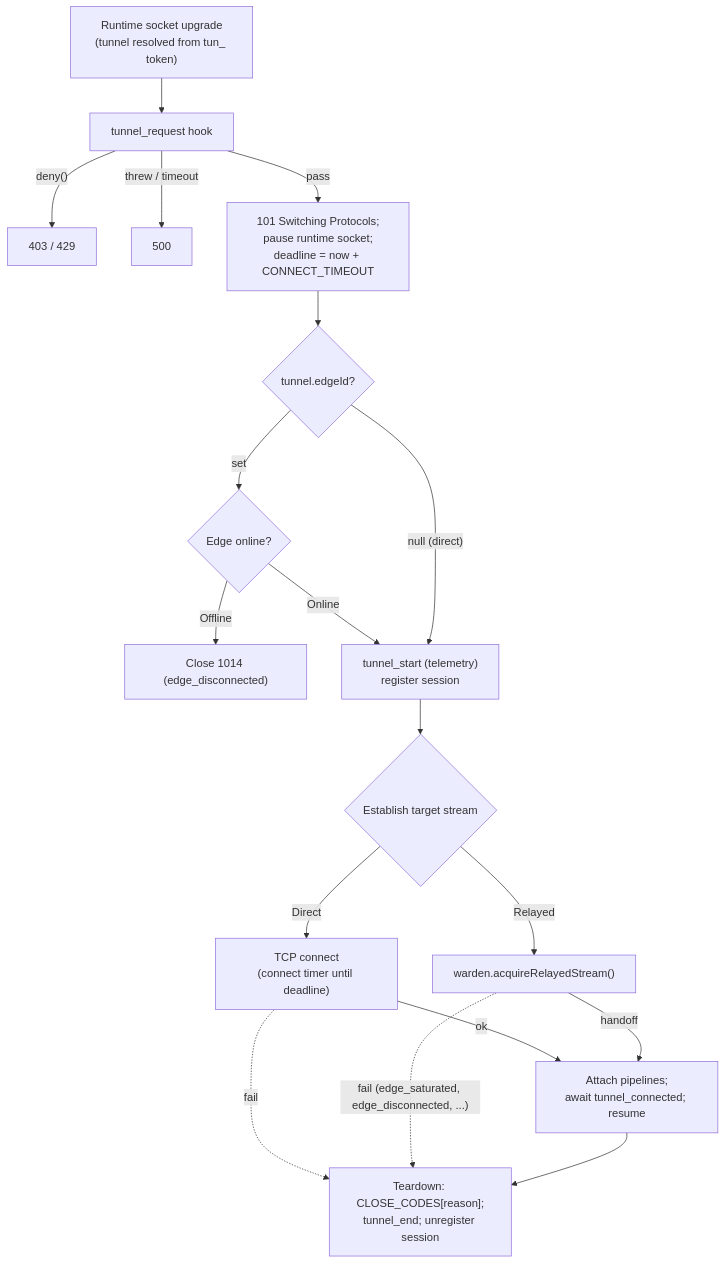
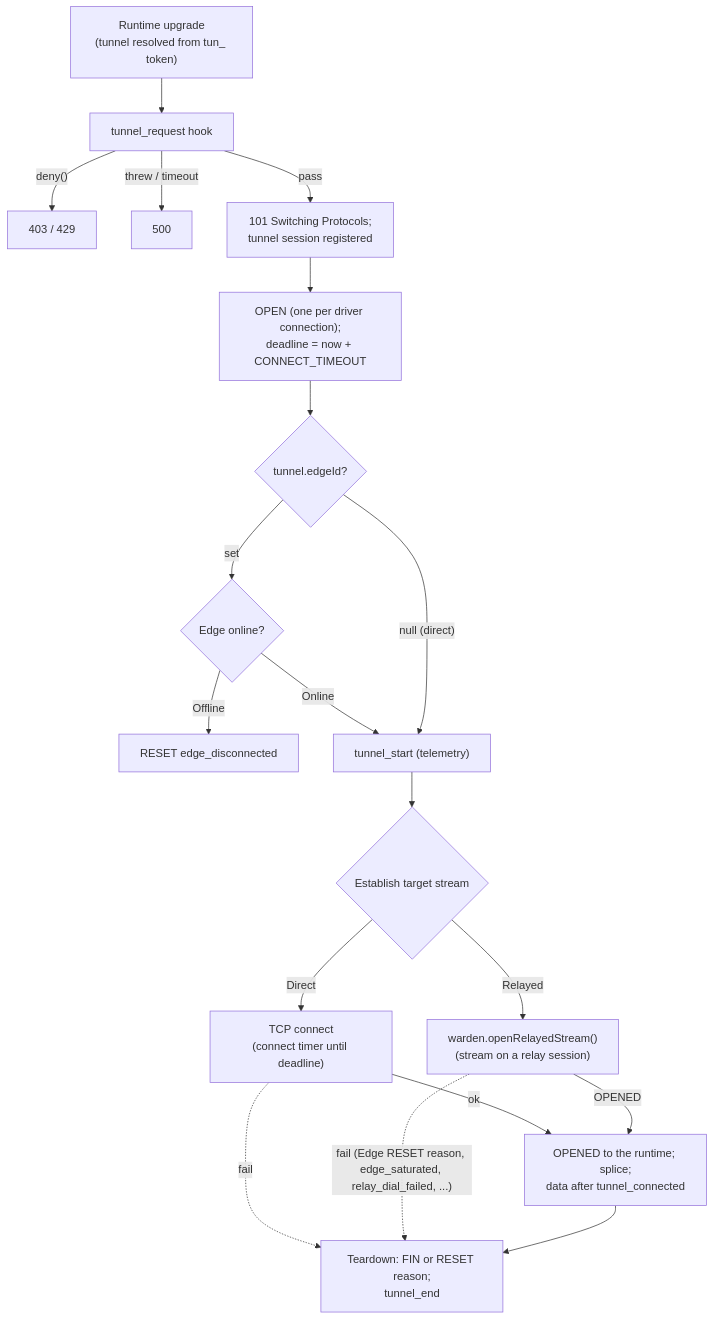
The diagram in docs/3-subsystems/tunnel-handlers.md (fullstackedorg/tunnels), drawn with Mermaid before and after one commit. The commit also changed other lines of this file and 56 other files, not shown here.

````diff
--- a/docs/3-subsystems/tunnel-handlers.md
+++ b/docs/3-subsystems/tunnel-handlers.md
@@ -3,20 +3,21 @@
 ```mermaid
 flowchart TD
-    In["Runtime socket upgrade\n(tunnel resolved from tun_ token)"] --> Gate["tunnel_request hook"]
+    In["Runtime upgrade\n(tunnel resolved from tun_ token)"] --> Gate["tunnel_request hook"]
     Gate -->|"deny()"| R403["403 / 429"]
     Gate -->|"threw / timeout"| R500["500"]
-    Gate -->|"pass"| Accept["101 Switching Protocols;\npause runtime socket;\ndeadline = now + CONNECT_TIMEOUT"]
-    Accept --> Kind{"tunnel.edgeId?"}
+    Gate -->|"pass"| Accept["101 Switching Protocols;\ntunnel session registered"]
+    Accept --> Open["OPEN (one per driver connection);\ndeadline = now + CONNECT_TIMEOUT"]
+    Open --> Kind{"tunnel.edgeId?"}
     Kind -->|"set"| Live{"Edge online?"}
-    Live -->|"Offline"| C1014["Close 1014 (edge_disconnected)"]
+    Live -->|"Offline"| R1014["RESET edge_disconnected"]
     Live -->|"Online"| Start
-    Kind -->|"null (direct)"| Start["tunnel_start (telemetry)\nregister session"]
+    Kind -->|"null (direct)"| Start["tunnel_start (telemetry)"]
     Start --> Dial{"Establish target stream"}
     Dial -->|"Direct"| TCP["TCP connect\n(connect timer until deadline)"]
-    Dial -->|"Relayed"| Warden["warden.acquireRelayedStream()"]
+    Dial -->|"Relayed"| Warden["warden.openRelayedStream()\n(stream on a relay session)"]
     TCP -->|"ok"| Splice
-    Warden -->|"handoff"| Splice["Attach pipelines;\nawait tunnel_connected; resume"]
+    Warden -->|"OPENED"| Splice["OPENED to the runtime; splice;\ndata after tunnel_connected"]
     TCP -.->|"fail"| Teardown
-    Warden -.->|"fail (edge_saturated, edge_disconnected, ...)"| Teardown
-    Splice --> Teardown["Teardown: CLOSE_CODES[reason];\ntunnel_end; unregister session"]
+    Warden -.->|"fail (Edge RESET reason, edge_saturated, relay_dial_failed, ...)"| Teardown
+    Splice --> Teardown["Teardown: FIN or RESET reason;\ntunnel_end"]
 ```
````
